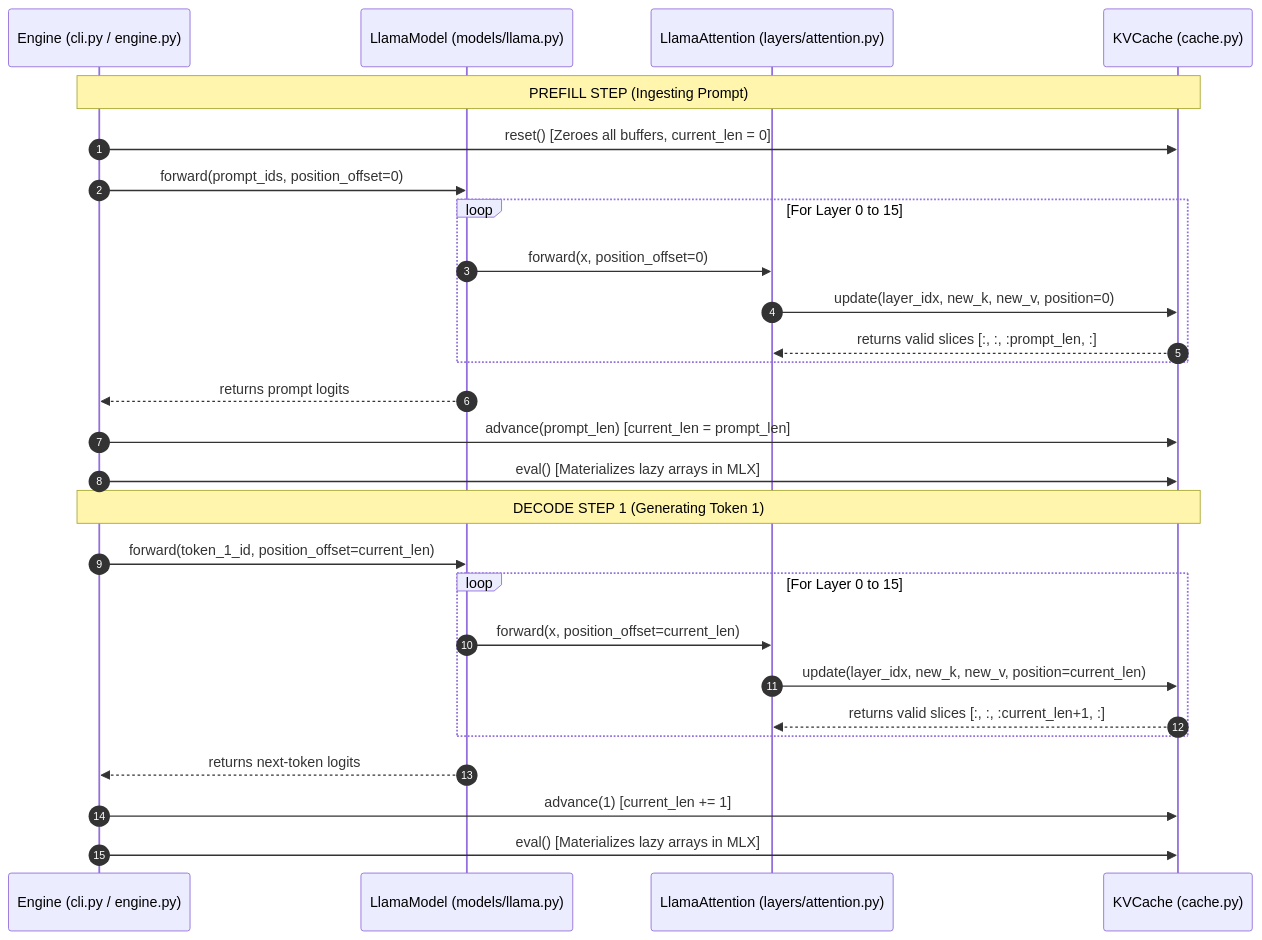
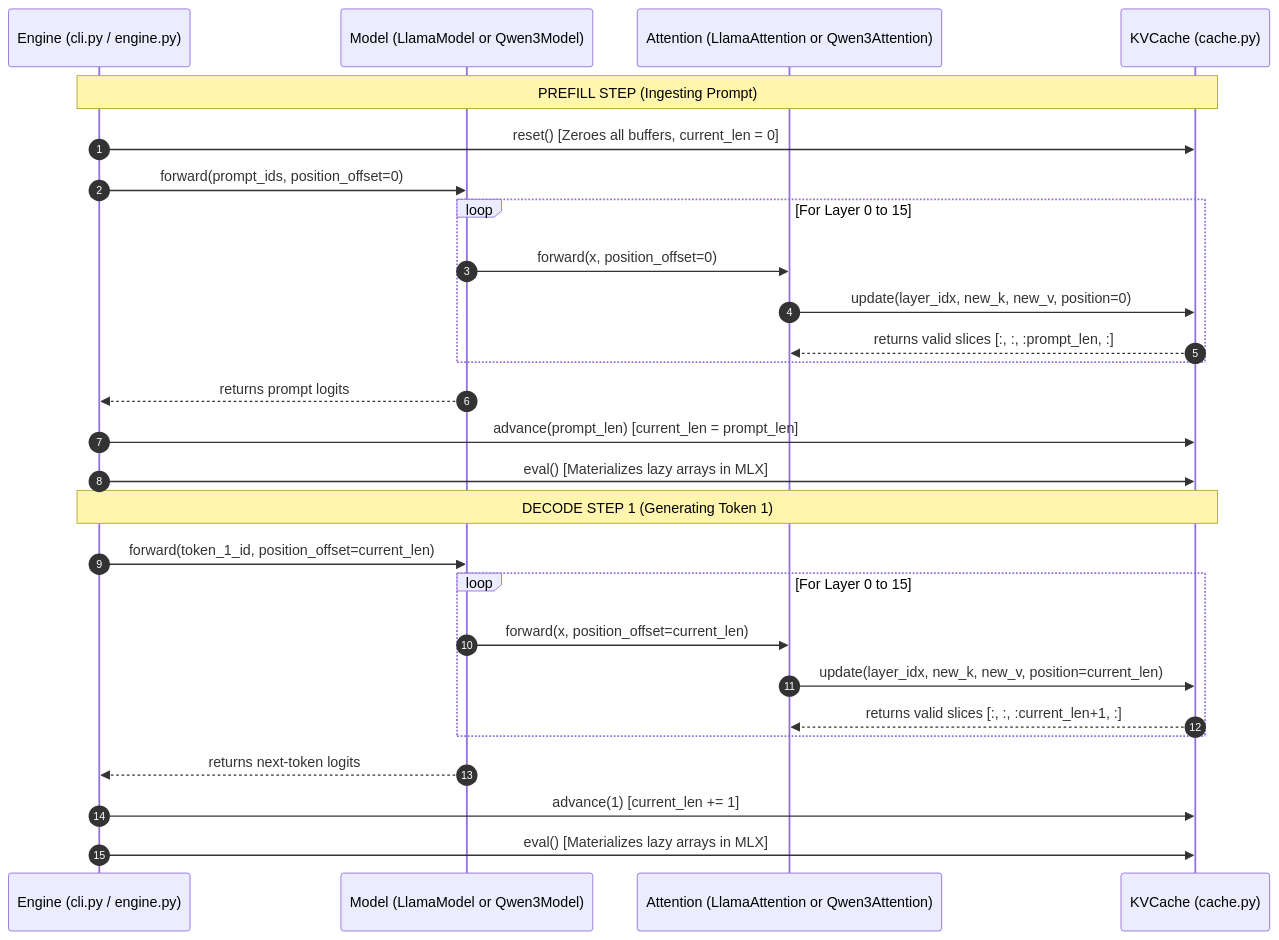
Before and after one commit to jameswei/tiny-duo-infer: the second of 2 diagrams in learning_materials/deep_dives/gqa_and_kv_cache.md, drawn with Mermaid. The commit also changed other lines of this file and 2 other files, not shown here.

Commit message:
docs: update learning materials for qwen3 phase

````diff
--- a/learning_materials/deep_dives/gqa_and_kv_cache.md
+++ b/learning_materials/deep_dives/gqa_and_kv_cache.md
@@ -145,31 +207,31 @@
 ```mermaid
 sequenceDiagram
     autonumber
     participant E as Engine (cli.py / engine.py)
-    participant M as LlamaModel (models/llama.py)
-    participant L as LlamaAttention (layers/attention.py)
+    participant M as Model (LlamaModel or Qwen3Model)
+    participant L as Attention (LlamaAttention or Qwen3Attention)
     participant C as KVCache (cache.py)
 
     Note over E,C: PREFILL STEP (Ingesting Prompt)
     E->>C: reset() [Zeroes all buffers, current_len = 0]
     E->>M: forward(prompt_ids, position_offset=0)
     loop For Layer 0 to 15
         M->>L: forward(x, position_offset=0)
         L->>C: update(layer_idx, new_k, new_v, position=0)
         C-->>L: returns valid slices [:, :, :prompt_len, :]
     end
     M-->>E: returns prompt logits
     E->>C: advance(prompt_len) [current_len = prompt_len]
     E->>C: eval() [Materializes lazy arrays in MLX]
 
     Note over E,C: DECODE STEP 1 (Generating Token 1)
     E->>M: forward(token_1_id, position_offset=current_len)
     loop For Layer 0 to 15
         M->>L: forward(x, position_offset=current_len)
         L->>C: update(layer_idx, new_k, new_v, position=current_len)
         C-->>L: returns valid slices [:, :, :current_len+1, :]
     end
     M-->>E: returns next-token logits
     E->>C: advance(1) [current_len += 1]
     E->>C: eval() [Materializes lazy arrays in MLX]
 ```
````
